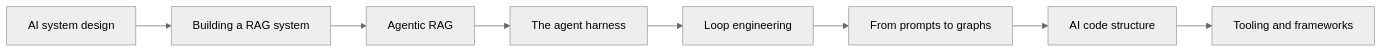
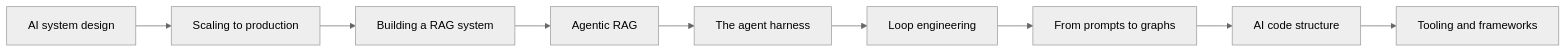
Before and after one commit to namphuongtran/ai-vault: the diagram in content/en/building/_index.md, drawn with Mermaid (neutral theme). The commit also changed other lines of this file and 21 other files, not shown here.

````diff
--- a/content/en/building/_index.md
+++ b/content/en/building/_index.md
@@ -20,5 +20,5 @@
 ```mermaid
 flowchart LR
-    A[AI system design] --> B[Building a RAG system] --> C[Agentic RAG]
+    A[AI system design] --> S[Scaling to production] --> B[Building a RAG system] --> C[Agentic RAG]
     C --> D[The agent harness] --> E[Loop engineering] --> F[From prompts to graphs] --> G[AI code structure] --> H[Tooling and frameworks]
 ```
````
